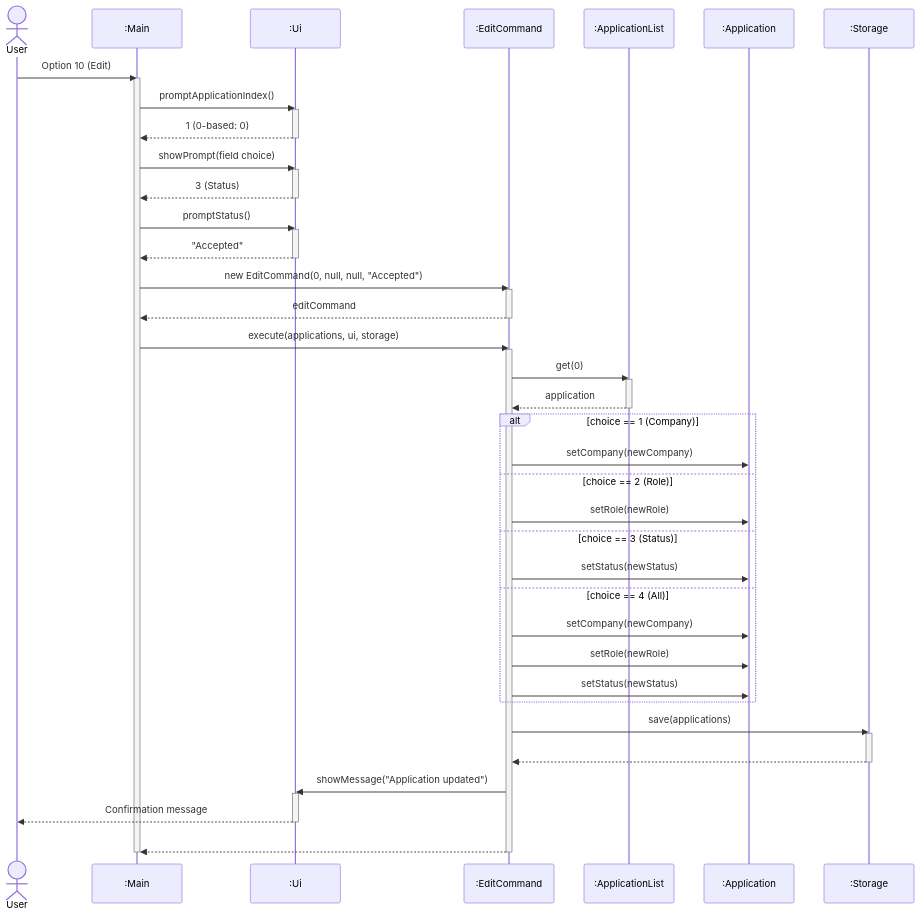
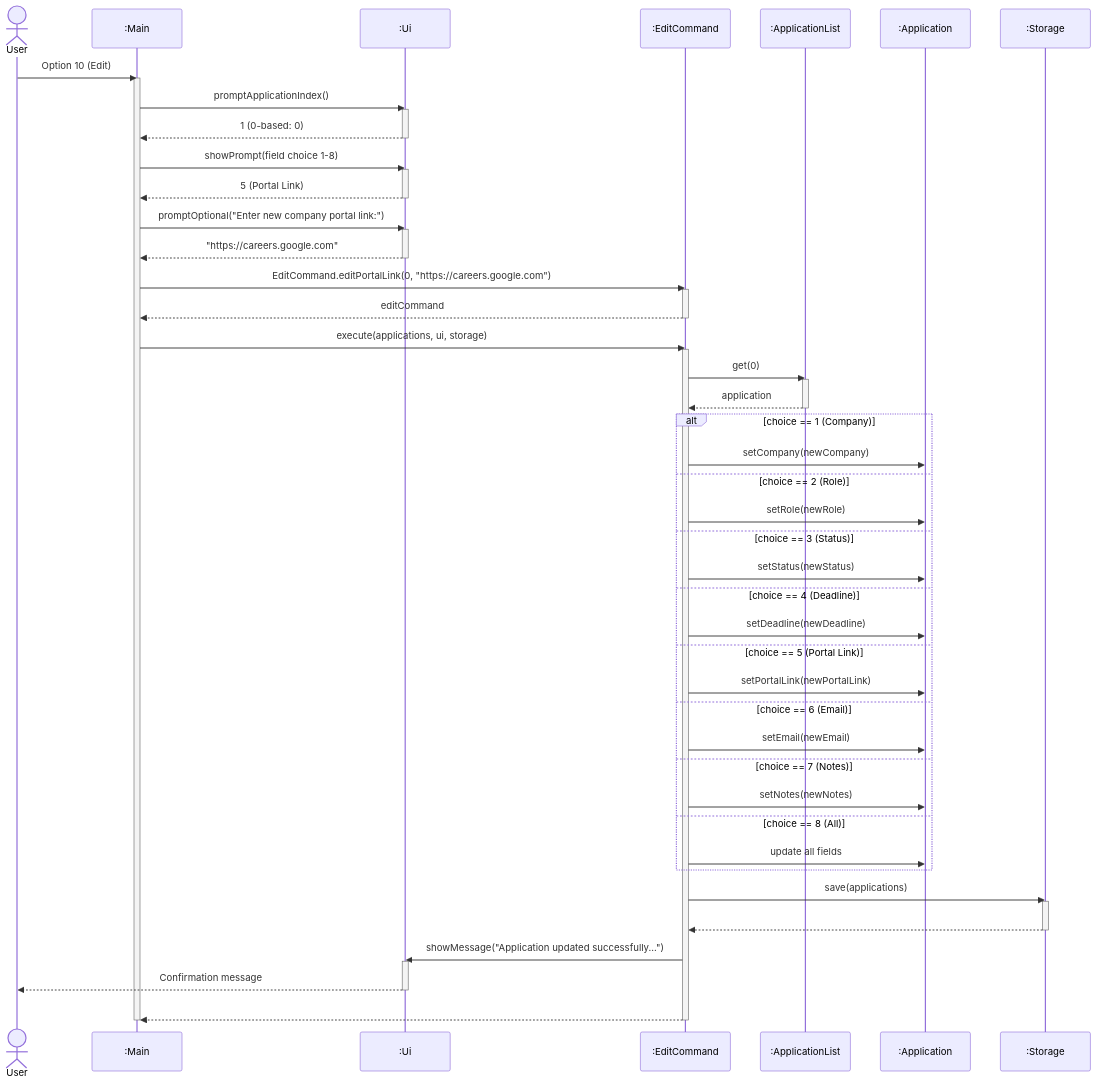
One commit to AY2627S1-CS2113-T10-2/tp changed diagram 14 of 22 in docs/DeveloperGuide.md. Above: the diagram before and after it, drawn with Mermaid. The commit also changed other lines of this file and 13 other files, not shown here.

First line of the commit message:
feat: add optional company portal link, email, and notes to add/edit features

````diff
--- a/docs/DeveloperGuide.md
+++ b/docs/DeveloperGuide.md
@@ -786,63 +816,69 @@
 ```mermaid
 ---
 config:
   themeCSS: ".actor-line { stroke-dasharray: 4, 4 !important; } line.loopLine:not([style*='stroke-dasharray']) { stroke-dasharray: none !important; }"
 ---
 sequenceDiagram
     actor user as User
     participant main as :Main
     participant ui as :Ui
     participant cmd as :EditCommand
     participant list as :ApplicationList
     participant app as :Application
     participant storage as :Storage
 
     user->>main: Option 10 (Edit)
     activate main
     main->>ui: promptApplicationIndex()
     activate ui
     ui-->>main: 1 (0-based: 0)
     deactivate ui
-    main->>ui: showPrompt(field choice)
+    main->>ui: showPrompt(field choice 1-8)
     activate ui
-    ui-->>main: 3 (Status)
+    ui-->>main: 5 (Portal Link)
     deactivate ui
-    main->>ui: promptStatus()
+    main->>ui: promptOptional("Enter new company portal link:")
     activate ui
-    ui-->>main: "Accepted"
+    ui-->>main: "https://careers.google.com"
     deactivate ui
-    main->>cmd: new EditCommand(0, null, null, "Accepted")
+    main->>cmd: EditCommand.editPortalLink(0, "https://careers.google.com")
     activate cmd
     cmd-->>main: editCommand
     deactivate cmd
     main->>cmd: execute(applications, ui, storage)
     activate cmd
     cmd->>list: get(0)
     activate list
     list-->>cmd: application
     deactivate list
 
     alt choice == 1 (Company)
         cmd->>app: setCompany(newCompany)
     else choice == 2 (Role)
         cmd->>app: setRole(newRole)
     else choice == 3 (Status)
         cmd->>app: setStatus(newStatus)
-    else choice == 4 (All)
-        cmd->>app: setCompany(newCompany)
-        cmd->>app: setRole(newRole)
-        cmd->>app: setStatus(newStatus)
+    else choice == 4 (Deadline)
+        cmd->>app: setDeadline(newDeadline)
+    else choice == 5 (Portal Link)
+        cmd->>app: setPortalLink(newPortalLink)
+    else choice == 6 (Email)
+        cmd->>app: setEmail(newEmail)
+    else choice == 7 (Notes)
+        cmd->>app: setNotes(newNotes)
+    else choice == 8 (All)
+        cmd->>app: update all fields
     end
 
     cmd->>storage: save(applications)
     activate storage
     storage-->>cmd: ​
     deactivate storage
-    cmd->>ui: showMessage("Application updated")
+    cmd->>ui: showMessage("Application updated successfully...")
     activate ui
     ui-->>user: Confirmation message
     deactivate ui
     cmd-->>main: ​
     deactivate cmd
     deactivate main
 ```
````
